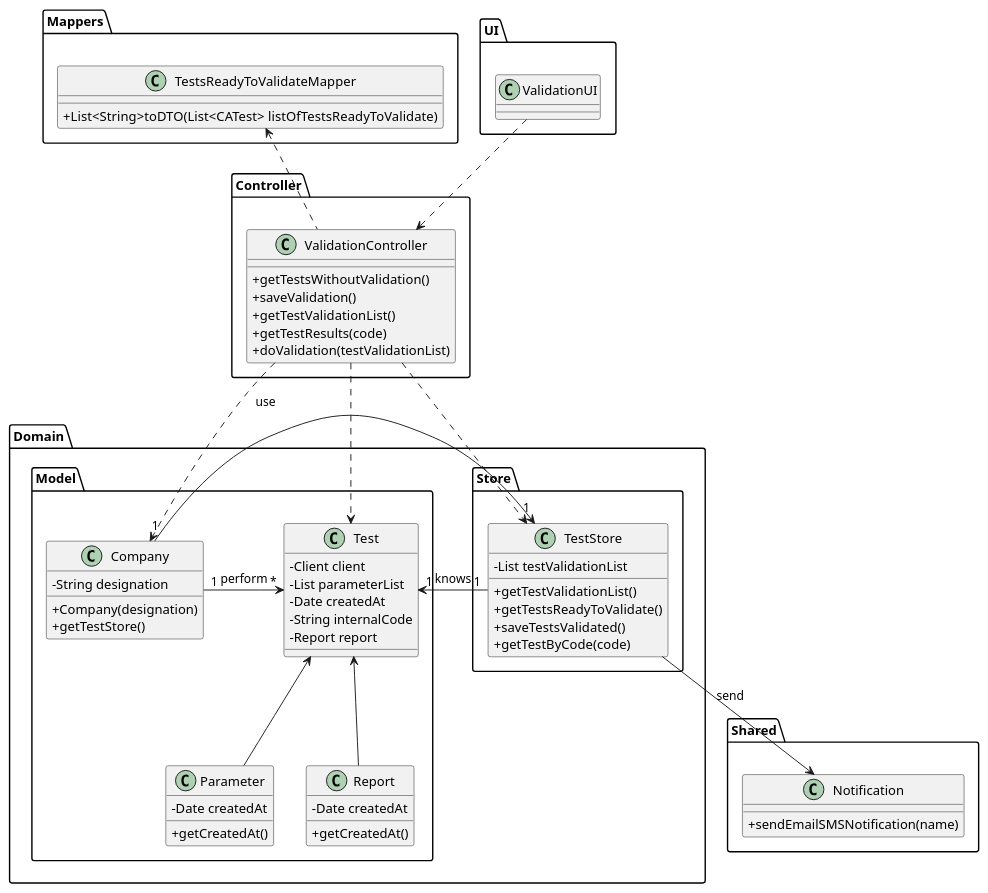
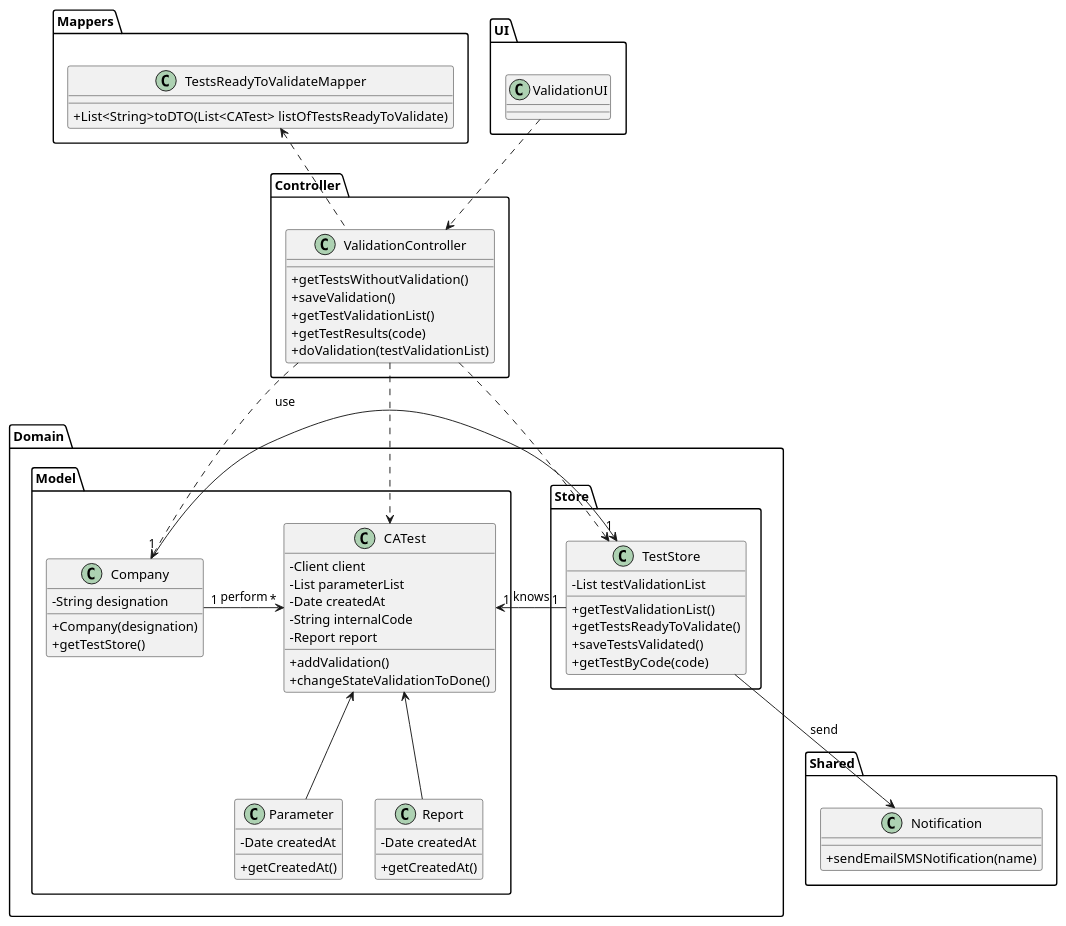
The diagram in docs/SprintC/US15/UC15_CD.puml (GuilhermeCunha79/lapr2), drawn with PlantUML before and after one commit.

Commit message:
Finalization US15 [US-15] [Testing]

```diff
--- a/docs/SprintC/US15/UC15_CD.puml
+++ b/docs/SprintC/US15/UC15_CD.puml
@@ -1,82 +1,84 @@
 @startuml
 skinparam classAttributeIconSize 0
 package Controller {
 class ValidationController {
   + getTestsWithoutValidation()
   + saveValidation()
   + getTestValidationList()
   +getTestResults(code)
   +doValidation(testValidationList)
 }
 }
 package Mappers {
 class TestsReadyToValidateMapper {
   + List<String>toDTO(List<CATest> listOfTestsReadyToValidate)
 }
 }
 package Domain {
 package Model {
-class Test {
+class CATest {
   - Client client
   - List parameterList
   - Date createdAt
   - String internalCode
   - Report report
+  + addValidation()
+  +changeStateValidationToDone()
 }
 
 class Company {
   - String designation
   + Company(designation)
   + getTestStore()
 }
 class Parameter{
 - Date createdAt
   + getCreatedAt()
 }
 class Report {
   - Date createdAt
   + getCreatedAt()
 }
 
 }
 package Store {
 class TestStore {
     - List testValidationList
     + getTestValidationList()
     + getTestsReadyToValidate()
     + saveTestsValidated()
     + getTestByCode(code)
 }
 }
 
 }
 package Shared {
 class Notification {
    + sendEmailSMSNotification(name)
  }
  }
 package UI {
 class ValidationUI{
 }
 }
 
 
 
 
 ValidationUI ..> ValidationController
 
 ValidationController ..> TestStore
 ValidationController ..> Company
 ValidationController .up.> TestsReadyToValidateMapper
-ValidationController ..> Test
-Company "1" -> "*"Test :perform
+ValidationController ..> CATest
+Company "1" -> "*"CATest :perform
 Company "1" -> "1" TestStore : use
 
-TestStore "1" -> "1" Test : knows
+TestStore "1" -> "1" CATest : knows
 
-Test <-- Report
-Test <-- Parameter
+    CATest <-- Report
+CATest <-- Parameter
 
 TestStore --> Notification : send
 
 @enduml
```
